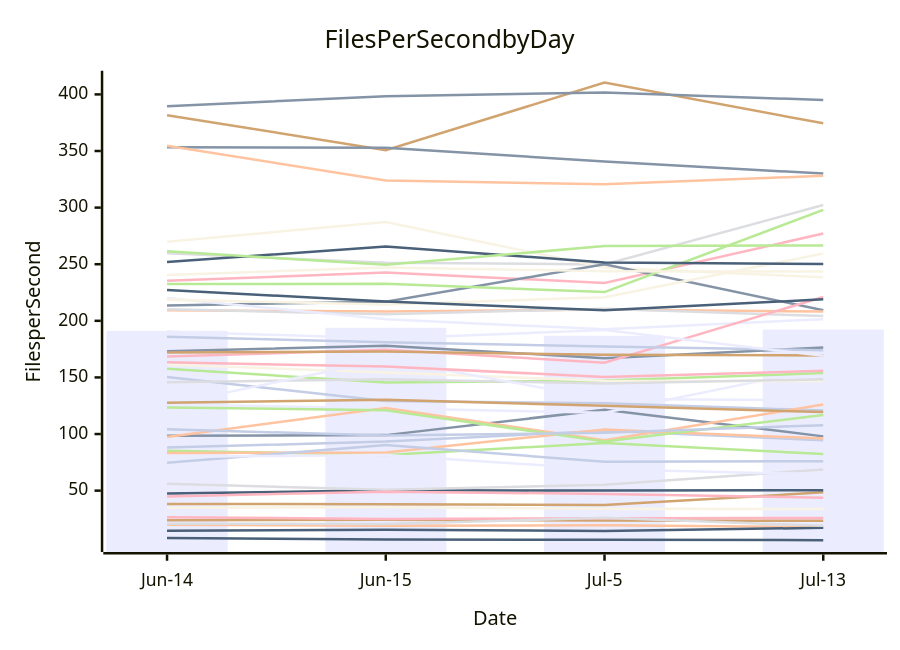
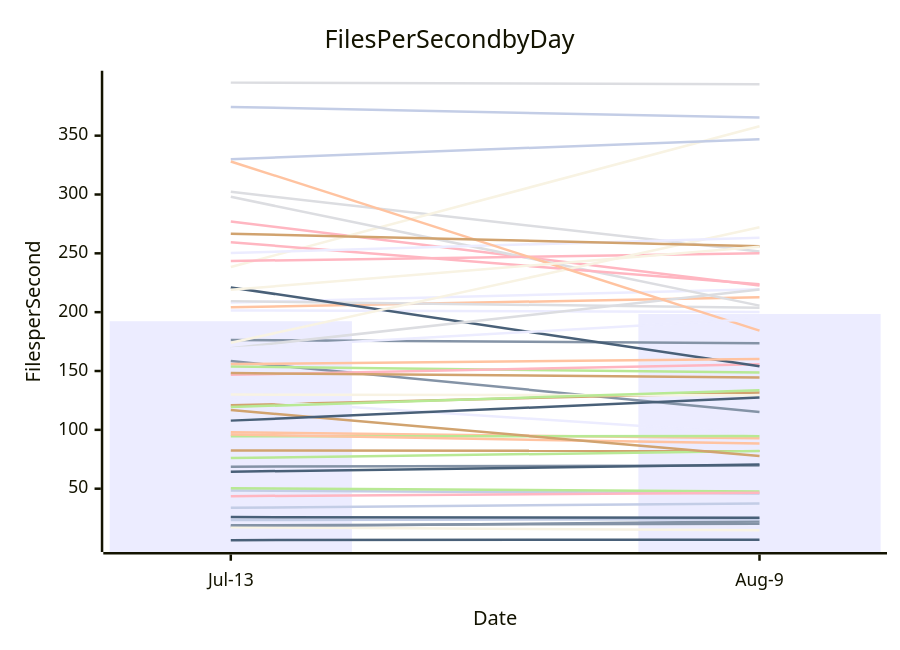
The diagram in perf-report.md (streetsidesoftware/cspell), drawn with Mermaid before and after one commit. The commit also changed other lines of this file and 2 other files, not shown here.

````diff
--- a/perf-report.md
+++ b/perf-report.md
@@ -11,57 +11,57 @@
 ```mermaid
 xychart-beta
     title Files Per Second by Day
     y-axis Files per Second
-    x-axis Date [Jun-14, Jun-15, Jul-5, Jul-13]
-    bar [191.12, 193.90, 186.85, 192.31]
-    line [98.55, 99.04, 121.46, 97.93]
-    line [19.91, 18.97, 19.46, 17.82]
-    line [259.60, 251.39, 249.74, 302.24]
-    line [85.34, 81.59, 92.06, 82.41]
-    line [38.26, 38.06, 37.33, 48.47]
-    line [88.07, 93.31, 102.97, 94.47]
-    line [235.41, 242.68, 233.42, 277.07]
-    line [8.24, 6.81, 6.57, 6.29]
-    line [269.77, 287.34, 247.09, 238.39]
-    line [126.17, 122.75, 118.72, 158.48]
-    line [213.64, 216.83, 249.94, 209.39]
-    line [209.33, 208.22, 209.98, 208.19]
-    line [210.20, 205.78, 210.72, 204.20]
-    line [157.77, 145.55, 147.25, 153.81]
-    line [23.82, 24.25, 23.61, 23.34]
-    line [150.40, 129.14, 127.24, 120.84]
-    line [26.48, 25.01, 25.58, 25.88]
-    line [14.65, 15.42, 14.44, 17.18]
-    line [161.35, 154.33, 147.06, 146.76]
-    line [220.12, 201.30, 192.47, 201.45]
-    line [173.03, 177.99, 166.99, 176.39]
-    line [83.17, 83.60, 104.04, 96.02]
-    line [145.81, 148.34, 144.57, 148.29]
-    line [232.54, 232.69, 225.39, 298.01]
-    line [381.64, 350.78, 410.40, 374.43]
-    line [74.53, 90.33, 75.44, 76.00]
-    line [168.46, 174.35, 163.07, 221.06]
-    line [47.54, 50.24, 50.17, 50.42]
-    line [218.65, 214.39, 220.82, 259.46]
-    line [125.76, 165.92, 130.91, 129.95]
-    line [353.38, 352.89, 340.70, 330.04]
-    line [97.48, 122.92, 94.49, 126.09]
-    line [55.98, 50.73, 55.28, 68.71]
-    line [123.50, 121.07, 93.33, 116.87]
-    line [172.10, 172.90, 169.94, 169.41]
-    line [185.95, 181.08, 177.29, 174.01]
-    line [163.34, 159.60, 150.47, 155.87]
-    line [251.95, 265.72, 251.57, 250.26]
-    line [240.44, 247.10, 243.88, 243.47]
-    line [79.92, 81.44, 68.91, 64.41]
-    line [389.62, 398.36, 401.72, 395.07]
-    line [354.69, 323.95, 320.66, 328.06]
-    line [20.77, 20.56, 26.00, 18.90]
-    line [261.42, 249.50, 266.02, 266.63]
-    line [127.61, 130.38, 124.96, 119.39]
-    line [104.15, 98.74, 101.09, 107.84]
-    line [44.93, 49.08, 47.14, 43.65]
-    line [227.27, 217.03, 209.38, 218.96]
-    line [34.98, 35.43, 33.94, 33.78]
-    line [190.66, 184.43, 191.84, 169.05]
+    x-axis Date [Jul-13, Aug-9]
+    bar [192.31, 198.47]
+    line [17.82, 22.06]
+    line [97.93, 92.84]
+    line [302.24, 251.48]
+    line [94.47, 94.76]
+    line [82.41, 82.14]
+    line [48.47, 46.00]
+    line [277.07, 222.59]
+    line [6.29, 6.71]
+    line [238.39, 357.94]
+    line [208.19, 219.58]
+    line [158.48, 115.21]
+    line [204.20, 212.66]
+    line [209.39, 203.73]
+    line [153.81, 148.68]
+    line [120.84, 131.73]
+    line [23.34, 24.13]
+    line [146.76, 155.76]
+    line [25.88, 25.22]
+    line [17.18, 14.73]
+    line [201.45, 200.13]
+    line [176.39, 173.62]
+    line [96.02, 88.31]
+    line [298.01, 205.58]
+    line [76.00, 81.96]
+    line [148.29, 144.54]
+    line [374.43, 365.35]
+    line [259.46, 223.63]
+    line [221.06, 154.11]
+    line [129.95, 129.46]
+    line [126.09, 96.79]
+    line [68.71, 69.75]
+    line [155.87, 160.28]
+    line [169.41, 219.25]
+    line [50.42, 47.62]
+    line [116.87, 77.69]
+    line [330.04, 347.03]
+    line [243.47, 250.03]
+    line [64.41, 70.49]
+    line [174.01, 272.12]
+    line [250.26, 263.27]
+    line [18.90, 20.31]
+    line [328.06, 184.28]
+    line [395.07, 393.63]
+    line [119.39, 133.67]
+    line [266.63, 256.06]
+    line [33.78, 37.41]
+    line [43.65, 46.54]
+    line [107.84, 127.39]
+    line [218.96, 255.50]
+    line [169.05, 194.32]
 ```
````
